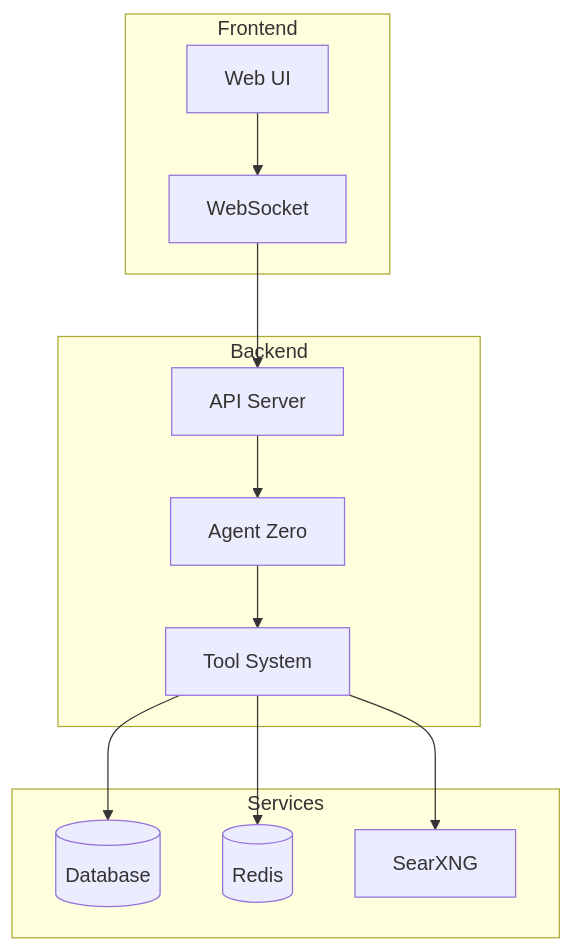
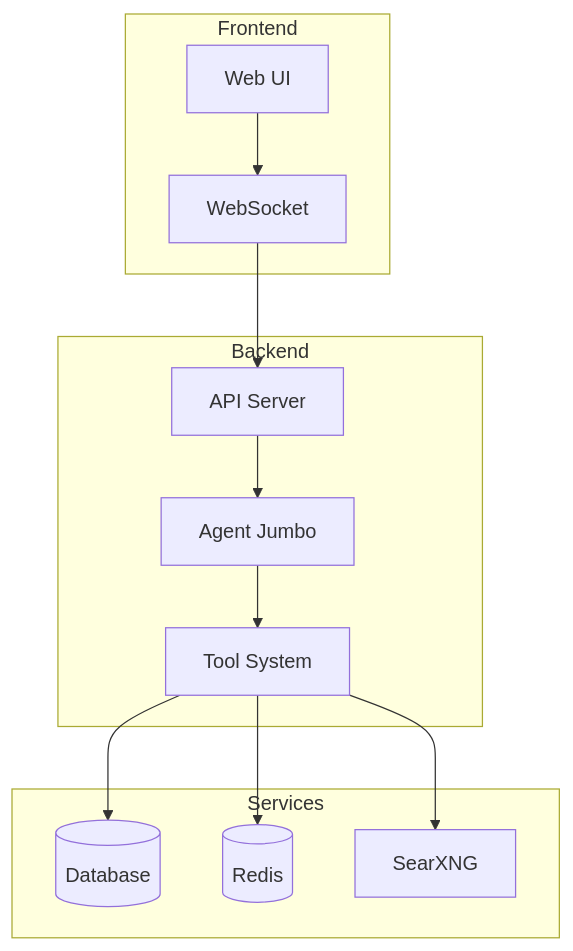
Diagram 11 of 12 in docs/diagrams.md (agent0ai/agent-zero), drawn with Mermaid before and after one commit. The commit also changed other lines of this file and 409 other files, not shown here.

````diff
--- a/docs/diagrams.md
+++ b/docs/diagrams.md
@@ -234,27 +249,27 @@
 ```mermaid
 graph TB
     subgraph "Frontend"
         UI[Web UI]
         WS[WebSocket]
     end
-    
+
     subgraph "Backend"
         API[API Server]
-        Agent[Agent Zero]
+        Agent[Agent Jumbo]
         Tools[Tool System]
     end
-    
+
     subgraph "Services"
         DB[(Database)]
         Cache[(Redis)]
         Search[SearXNG]
     end
-    
+
     UI --> WS
     WS --> API
     API --> Agent
     Agent --> Tools
     Tools --> DB
     Tools --> Cache
     Tools --> Search
 ```
````
